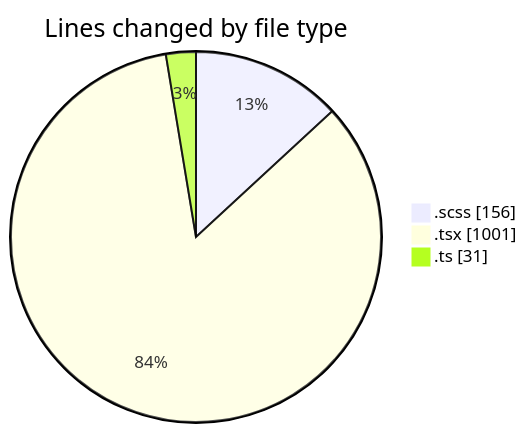
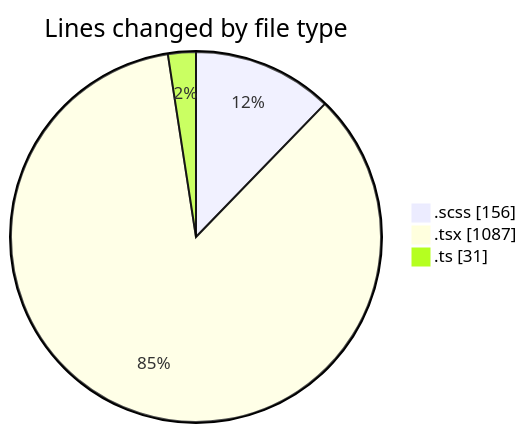
One commit to momahboobian/code-tracking changed the first of 2 diagrams in 2025-02-10/cda/README.md. Above: the diagram before and after it, drawn with Mermaid. The commit also changed other lines of this file and 1 other file, not shown here.

````diff
--- a/2025-02-10/cda/README.md
+++ b/2025-02-10/cda/README.md
@@ -25,7 +25,7 @@
 ```mermaid
 pie showData
 title Lines changed by file type
 ".scss" : 156
-".tsx" : 1001
+".tsx" : 1087
 ".ts" : 31
 ```
````
